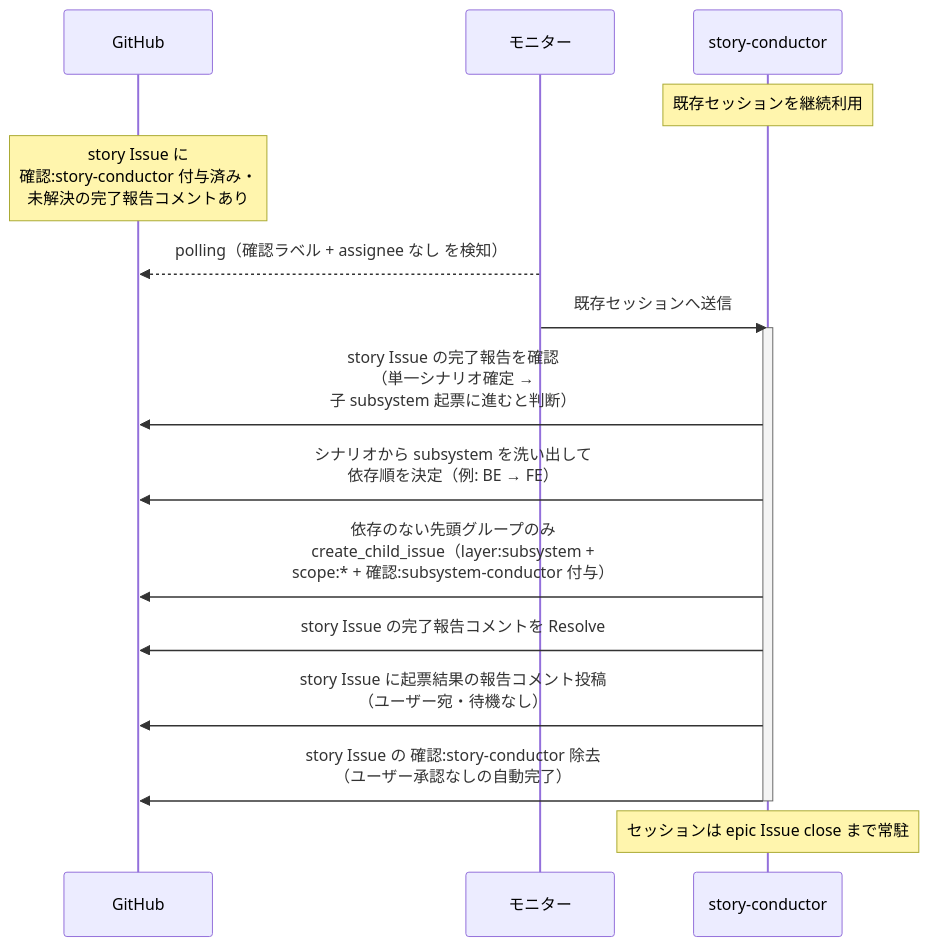
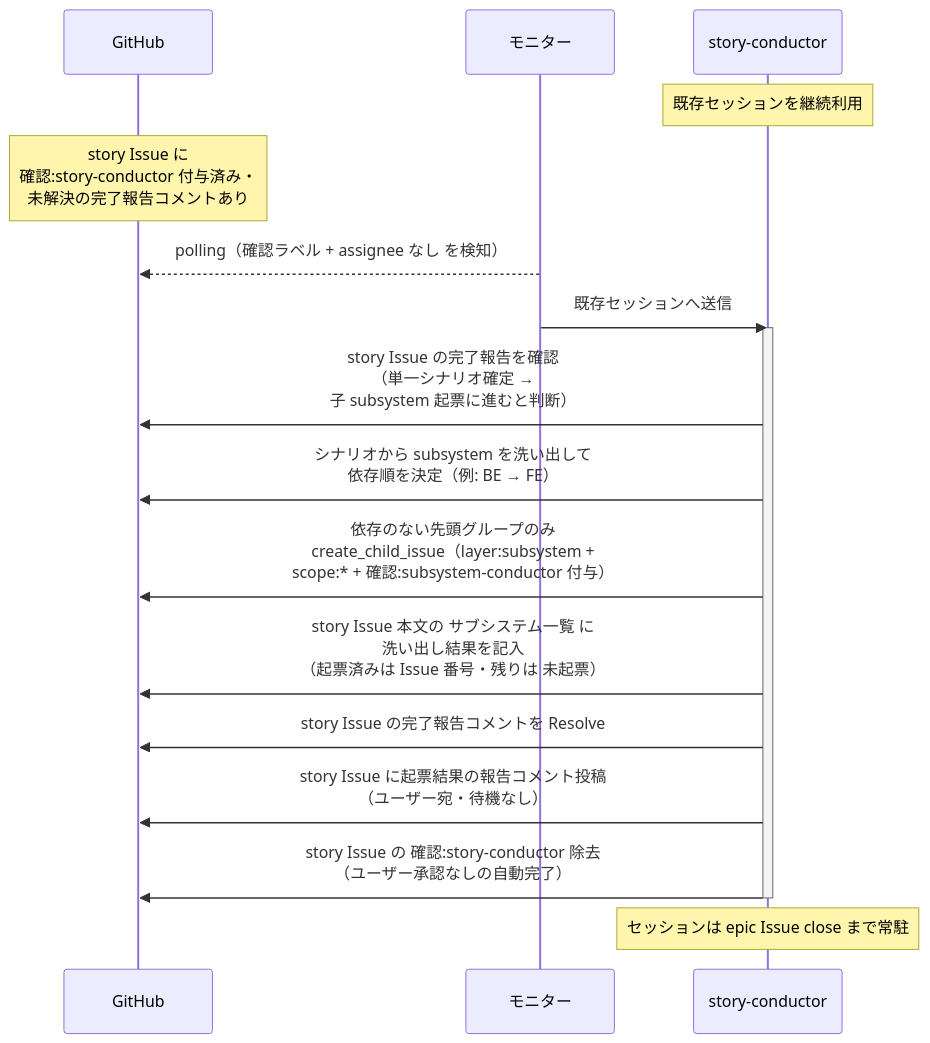
One commit to shuhei1101/ai-monitor changed the first of 2 diagrams in docs/wiki/設計図/シナリオ/単一ユースケース/子subsystem起票.md. Above: the diagram before and after it, drawn with Mermaid. The commit also changed other lines of this file and 48 other files, not shown here.

````diff
--- a/docs/wiki/設計図/シナリオ/単一ユースケース/子subsystem起票.md
+++ b/docs/wiki/設計図/シナリオ/単一ユースケース/子subsystem起票.md
@@ -28,20 +28,21 @@
 ```mermaid
 sequenceDiagram
   participant GH as GitHub
   participant ORC as モニター
   participant MON as story-conductor
 
   Note over MON: 既存セッションを継続利用
   Note over GH: story Issue に<br>確認:story-conductor 付与済み・<br>未解決の完了報告コメントあり
   ORC-->>GH: polling（確認ラベル + assignee なし を検知）
   ORC->>MON: 既存セッションへ送信
   activate MON
   MON->>GH: story Issue の完了報告を確認<br>（単一シナリオ確定 →<br>子 subsystem 起票に進むと判断）
   MON->>GH: シナリオから subsystem を洗い出して<br>依存順を決定（例: BE → FE）
   MON->>GH: 依存のない先頭グループのみ<br>create_child_issue（layer:subsystem +<br>scope:* + 確認:subsystem-conductor 付与）
+  MON->>GH: story Issue 本文の サブシステム一覧 に<br>洗い出し結果を記入<br>（起票済みは Issue 番号・残りは 未起票）
   MON->>GH: story Issue の完了報告コメントを Resolve
   MON->>GH: story Issue に起票結果の報告コメント投稿<br>（ユーザー宛・待機なし）
   MON->>GH: story Issue の 確認:story-conductor 除去<br>（ユーザー承認なしの自動完了）
   deactivate MON
   Note over MON: セッションは epic Issue close まで常駐
 ```
````
